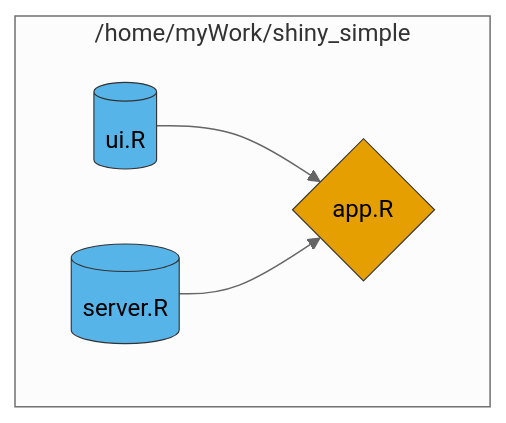
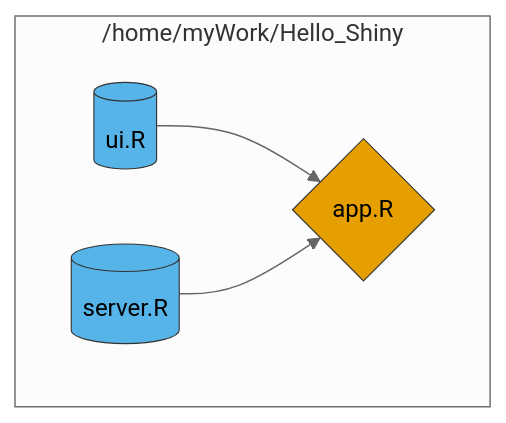
The second of 2 diagrams in programing-quarto-shiny.qmd (jkruppa/jkruppa.github.io), drawn with Mermaid (neutral theme) before and after one commit. The commit also changed other lines of this file and 4 other files, not shown here.

````diff
--- a/programing-quarto-shiny.qmd
+++ b/programing-quarto-shiny.qmd
@@ -153,14 +160,14 @@
 ```{mermaid}
 %%| label: fig-mermaid-shiny-01
 %%| fig-width: 6
 %%| fig-cap: "Für eine komplexere Shiny App brauchen wir drei Dateien. Deshalb ist es immer gut eine Ordnerstruktur zu haben. Hier liegen unsere Dateien `ui.R`, `server.R` und `app.R` im Ordner `shiny_simple`."
 flowchart LR
-    subgraph ide1 ["/home/myWork/shiny_simple"]
+    subgraph ide1 ["/home/myWork/Hello_Shiny"]
     direction LR
     B[(ui.R)]:::nodeB --> A{app.R}:::nodeA 
     C[(server.R)]:::nodeB --> A{app.R}:::nodeA
     end
     classDef nodeA fill:#E69F00,stroke:#333,stroke-width:0.75px
     classDef nodeB fill:#56B4E9,stroke:#333,stroke-width:0.75px
     
 ```
````
